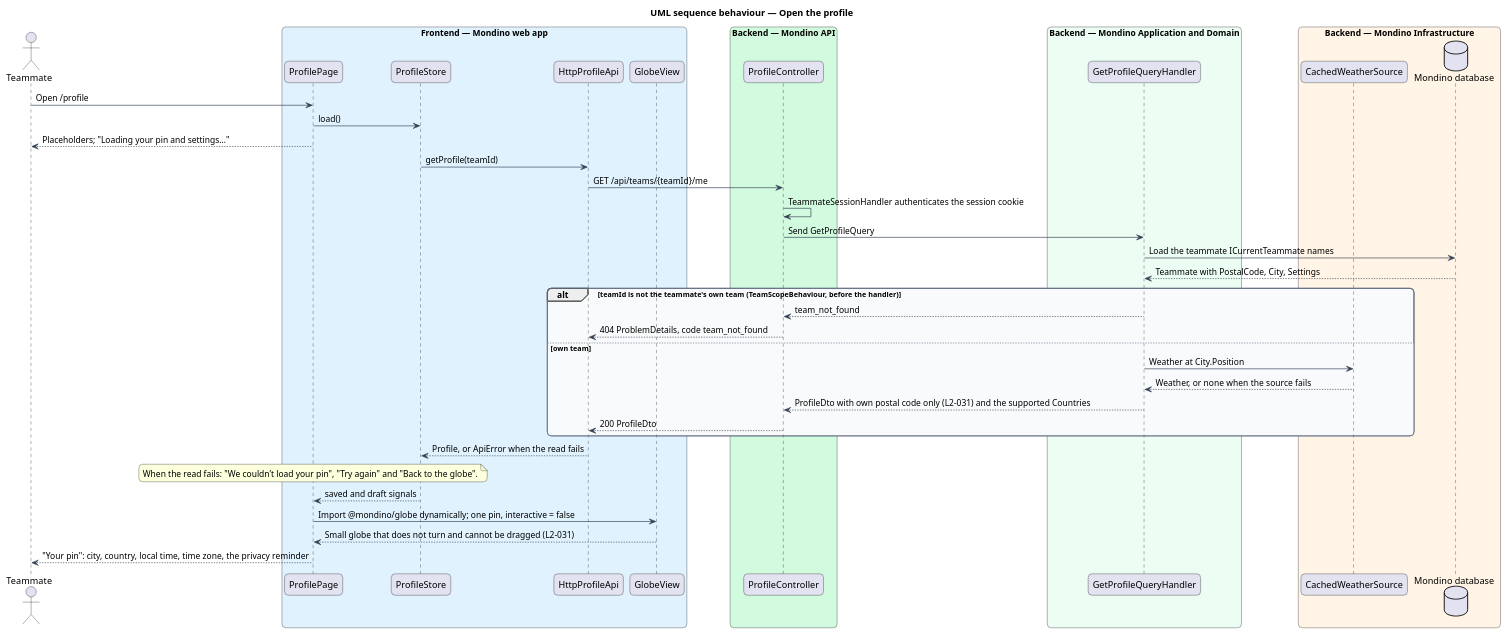
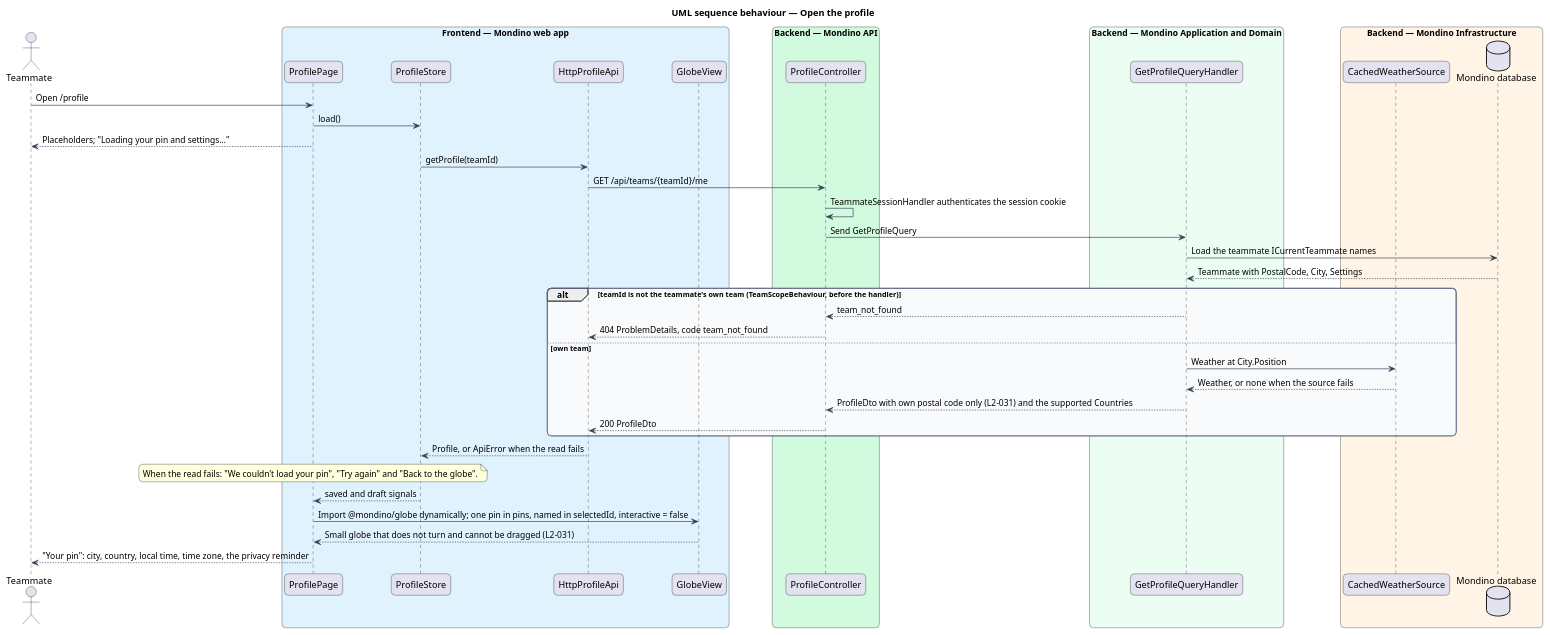
The diagram in docs/detailed-designs/profile/change-location/diagrams/sequence-open-profile.puml (QuinntyneBrown/Mondino), drawn with PlantUML before and after one commit. The commit also changed 6 other files, not shown here.

```diff
--- a/docs/detailed-designs/profile/change-location/diagrams/sequence-open-profile.puml
+++ b/docs/detailed-designs/profile/change-location/diagrams/sequence-open-profile.puml
@@ -1,58 +1,58 @@
 @startuml
 title UML sequence behaviour — Open the profile
 skinparam backgroundColor #FFFFFF
 skinparam shadowing false
 skinparam roundcorner 12
 skinparam defaultFontName Arial
 skinparam ArrowColor #344054
 skinparam rectangle {
   BorderColor #344054
   FontColor #101828
 }
 skinparam package {
   BorderColor #667085
   FontColor #101828
   BackgroundColor #F9FAFB
 }
 actor "Teammate" as actor
 box "Frontend — Mondino web app" #E0F2FE
   participant "ProfilePage" as page
   participant "ProfileStore" as store
   participant "HttpProfileApi" as client
   participant "GlobeView" as globe
 end box
 box "Backend — Mondino API" #D1FADF
   participant "ProfileController" as controller
 end box
 box "Backend — Mondino Application and Domain" #ECFDF3
   participant "GetProfileQueryHandler" as handler
 end box
 box "Backend — Mondino Infrastructure" #FFF4E5
   participant "CachedWeatherSource" as weather
   database "Mondino database" as db
 end box
 actor -> page : Open /profile
 page -> store : load()
 page --> actor : Placeholders; "Loading your pin and settings…"
 store -> client : getProfile(teamId)
 client -> controller : GET /api/teams/{teamId}/me
 controller -> controller : TeammateSessionHandler authenticates the session cookie
 controller -> handler : Send GetProfileQuery
 handler -> db : Load the teammate ICurrentTeammate names
 db --> handler : Teammate with PostalCode, City, Settings
 alt teamId is not the teammate's own team (TeamScopeBehaviour, before the handler)
   handler --> controller : team_not_found
   controller --> client : 404 ProblemDetails, code team_not_found
 else own team
   handler -> weather : Weather at City.Position
   weather --> handler : Weather, or none when the source fails
   handler --> controller : ProfileDto with own postal code only (L2-031) and the supported Countries
   controller --> client : 200 ProfileDto
 end
 client --> store : Profile, or ApiError when the read fails
 note over page : When the read fails: "We couldn’t load your pin", "Try again" and "Back to the globe".
 store --> page : saved and draft signals
-page -> globe : Import @mondino/globe dynamically; one pin, interactive = false
+page -> globe : Import @mondino/globe dynamically; one pin in pins, named in selectedId, interactive = false
 globe --> page : Small globe that does not turn and cannot be dragged (L2-031)
 page --> actor : "Your pin": city, country, local time, time zone, the privacy reminder
 @enduml
```
